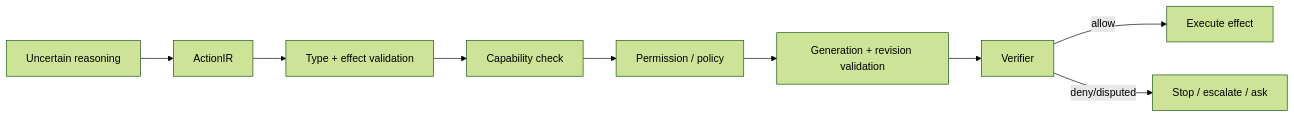
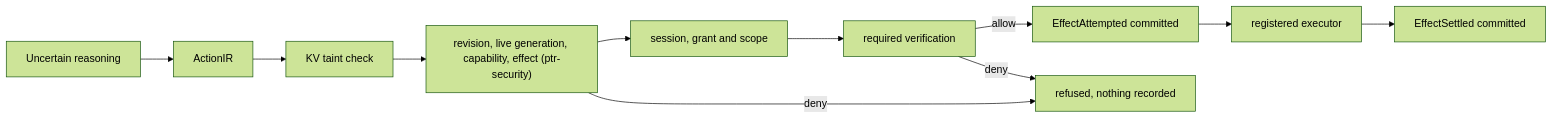
The diagram in docs/TECHNICAL_ARCHITECTURE.md (xrey167/PTR), drawn with Mermaid (forest theme) before and after one commit. The commit also changed other lines of this file, not shown here.

First line of the commit message:
TECHNICAL_ARCHITECTURE: overview follows the code

````diff
--- a/docs/TECHNICAL_ARCHITECTURE.md
+++ b/docs/TECHNICAL_ARCHITECTURE.md
@@ -118,11 +175,13 @@
 ```mermaid
 flowchart LR
   R["Uncertain reasoning"] --> A["ActionIR"]
-  A --> T["Type + effect validation"]
-  T --> C["Capability check"]
-  C --> P["Permission / policy"]
-  P --> G["Generation + revision validation"]
-  G --> V["Verifier"]
-  V -->|allow| E["Execute effect"]
-  V -->|deny/disputed| X["Stop / escalate / ask"]
+  A --> K["KV taint check"]
+  K --> G["revision, live generation, capability, effect (ptr-security)"]
+  G --> S["session, grant and scope"]
+  S --> V["required verification"]
+  V -->|allow| AT["EffectAttempted committed"]
+  AT --> E["registered executor"]
+  E --> ST["EffectSettled committed"]
+  G -->|deny| X["refused, nothing recorded"]
+  V -->|deny| X
 ```
````
